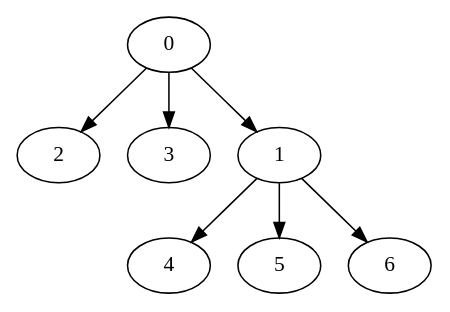
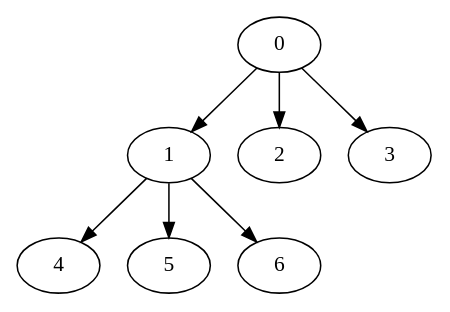
One commit to SeanSpires/Project1-306-Team-Stonks changed the diagram in Nodes_7_OutTree-output.dot. Above: the diagram before and after it, drawn with Graphviz. The commit also changed 15 other files, not shown here.

```diff
--- a/Nodes_7_OutTree-output.dot
+++ b/Nodes_7_OutTree-output.dot
@@ -1,15 +1,15 @@
-digraph "outputExample" {
-	0	[Weight=5,Start=0,Processor=1];
-	2	[Weight=5,Start=5,Processor=1];
-	3	[Weight=6,Start=10,Processor=1];
-	1	[Weight=6,Start=16,Processor=1];
-	4	[Weight=4,Start=22,Processor=1];
-	5	[Weight=7,Start=26,Processor=1];
-	6	[Weight=7,Start=33,Processor=1];
+digraph "Nodes_7_OutTree-output.dot" {
+	0	[Weight=5,Start=0,End=5,Processor=1];
+	1	[Weight=6,Start=5,End=11,Processor=1];
+	2	[Weight=5,Start=11,End=16,Processor=1];
+	3	[Weight=6,Start=16,End=22,Processor=1];
+	4	[Weight=4,Start=22,End=26,Processor=1];
+	5	[Weight=7,Start=26,End=33,Processor=1];
+	6	[Weight=7,Start=33,End=40,Processor=1];
 	0 -> 1	 [Weight=15];
 	0 -> 2	 [Weight=11];
 	0 -> 3	 [Weight=11];
 	1 -> 4	 [Weight=19];
 	1 -> 5	 [Weight=4];
 	1 -> 6	 [Weight=21];
 }
```
